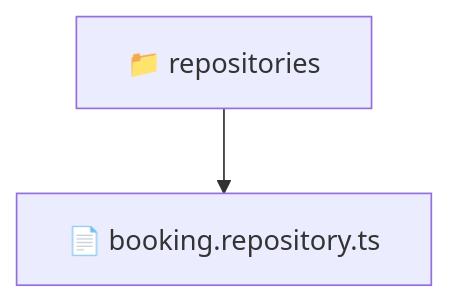
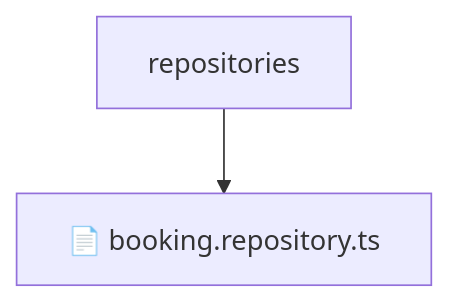
Before and after one commit to beginwebdev2002/fullstack-mavluda: the diagram in backend/src/modules/booking/infrastructure/repositories/README.md, drawn with Mermaid. The commit also changed other lines of this file and 155 other files, not shown here.

````diff
--- a/backend/src/modules/booking/infrastructure/repositories/README.md
+++ b/backend/src/modules/booking/infrastructure/repositories/README.md
@@ -10,5 +14,5 @@
 ```mermaid
 graph TD
-  Root["📁 repositories"]
-  Root --> bookingrepositoryts["📄 booking.repository.ts"]
+    Root[repositories]
+    Root --> F0[📄 booking.repository.ts]
 ```
````
